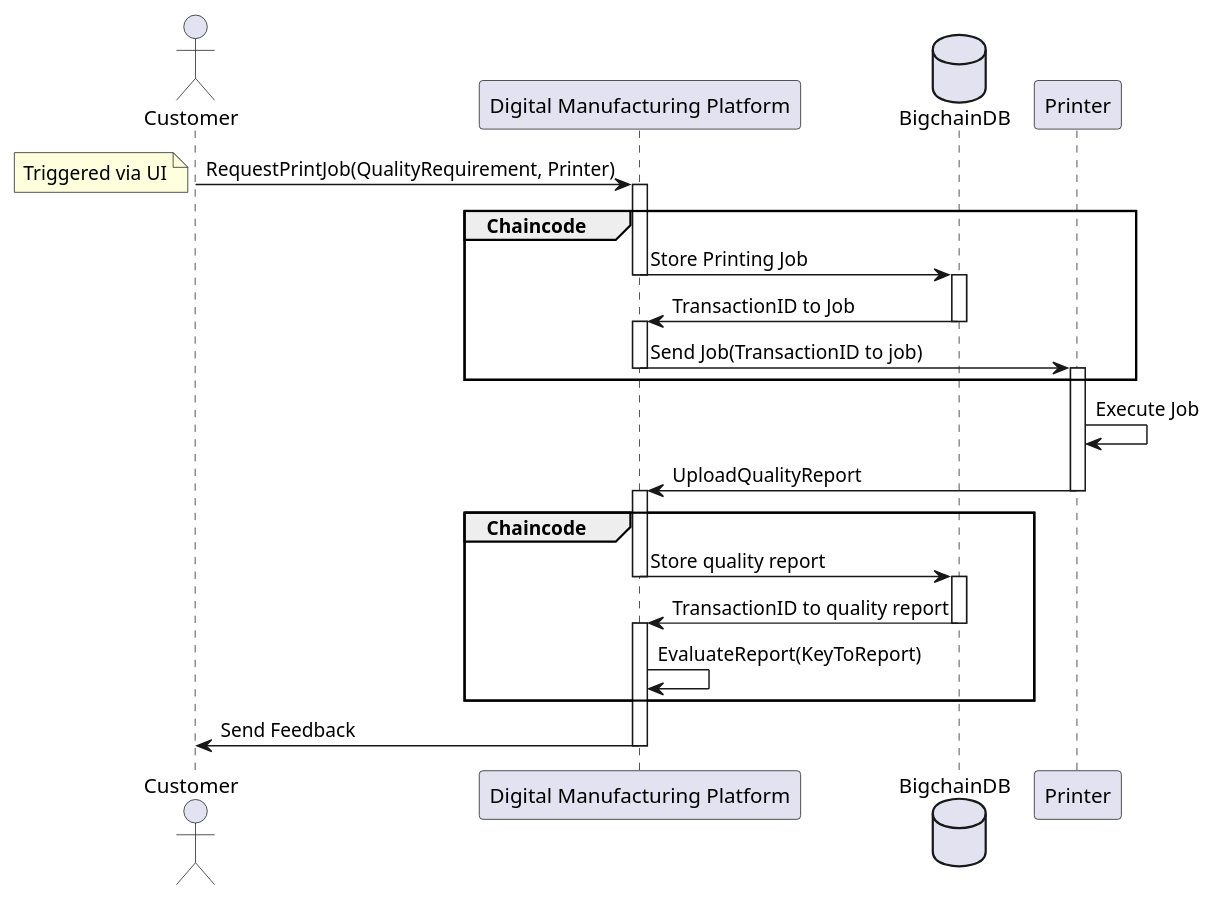
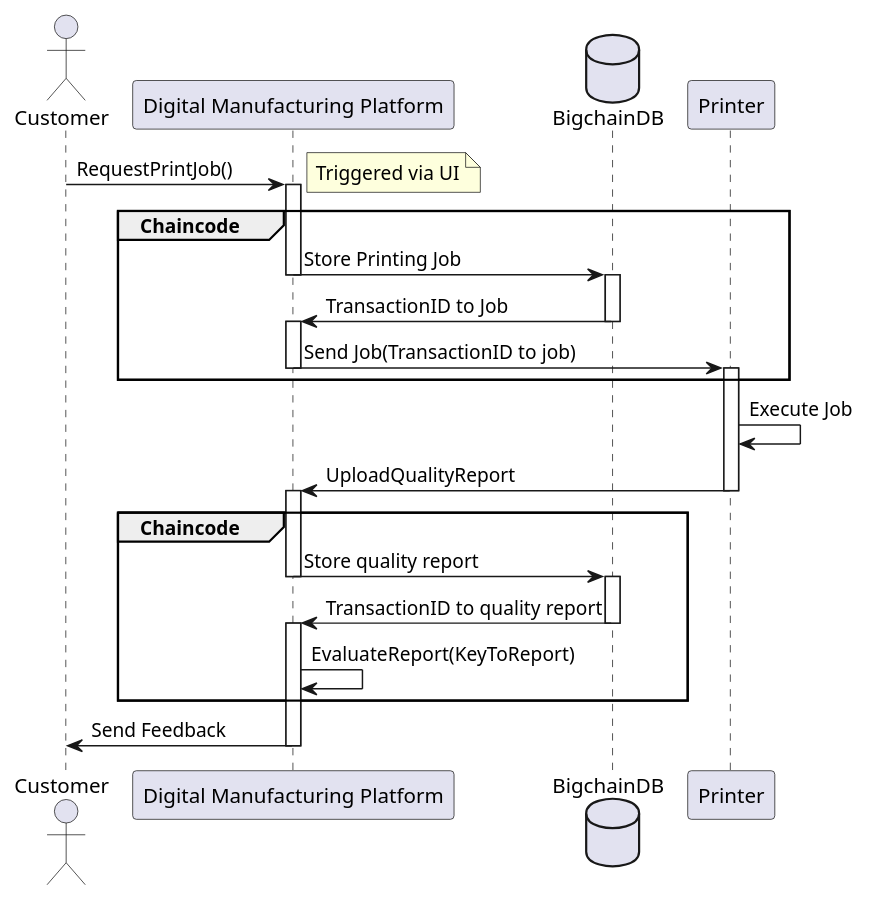
Before and after one commit to HaaLeo/digital-manufacturing-platform: the diagram in docs/Process.pu, drawn with PlantUML. The commit also changed 3 other files, not shown here.

```diff
--- a/docs/Process.pu
+++ b/docs/Process.pu
@@ -1,37 +1,37 @@
 @startuml Process
 actor Customer
 participant "Digital Manufacturing Platform" as DMP
 database BigchainDB
 
-Customer -> DMP: RequestPrintJob(QualityRequirement, Printer)
+Customer -> DMP: RequestPrintJob()
 activate DMP
-note left: Triggered via UI
+note right: Triggered via UI
 group Chaincode
     DMP -> BigchainDB: Store Printing Job
     deactivate DMP
     activate BigchainDB
     BigchainDB -> DMP: TransactionID to Job
     deactivate BigchainDB
     activate DMP
     DMP -> Printer: Send Job(TransactionID to job)
     deactivate DMP
     activate Printer
     
 end
 Printer -> Printer: Execute Job
 Printer -> DMP: UploadQualityReport
 deactivate Printer
 activate DMP
 group Chaincode
     DMP -> BigchainDB: Store quality report
     deactivate DMP
     activate BigchainDB
     BigchainDB -> DMP: TransactionID to quality report
 
     deactivate BigchainDB
     activate DMP
     DMP -> DMP: EvaluateReport(KeyToReport)
 end
     DMP-> Customer: Send Feedback
     deactivate DMP
 @enduml
```
